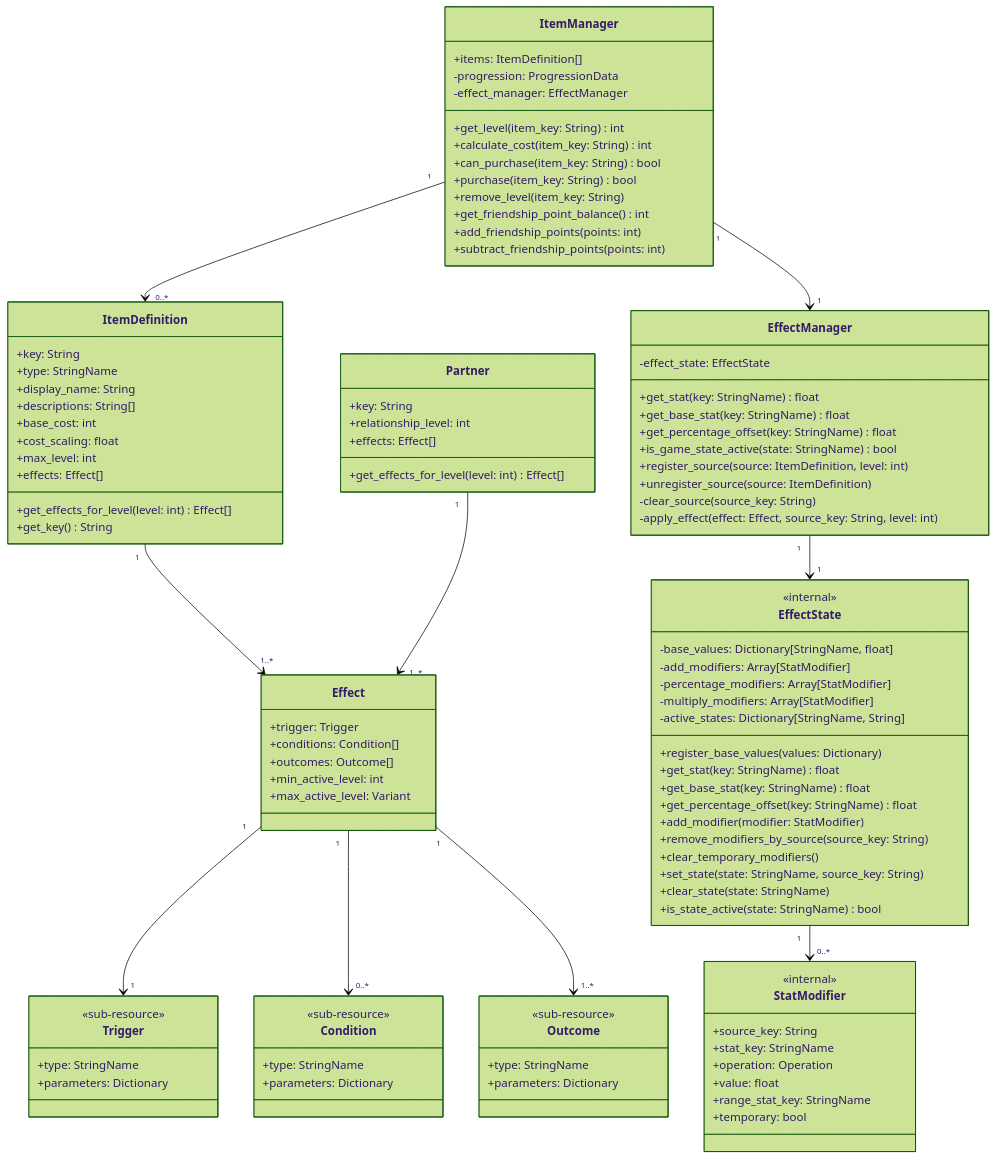
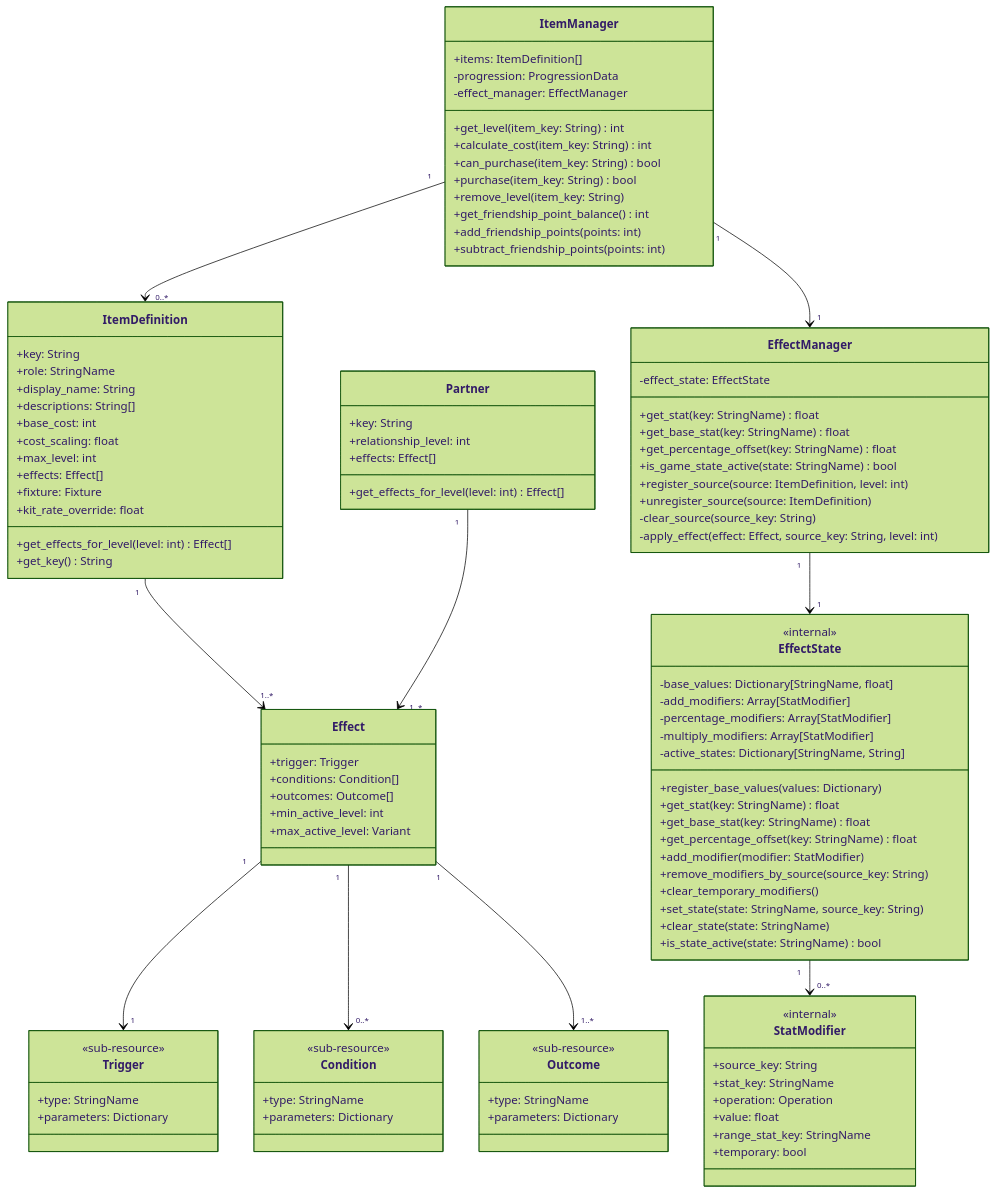
Before and after one commit to shuck-dev/volley: the first of 10 diagrams in designs/01-prototype/07-effect-system.md, drawn with Mermaid (forest theme). The commit also changed other lines of this file and 16 other files, not shown here.

First line of the commit message:
Feature/sh 95 spike kit and locker architecture (#150)

```diff
--- a/designs/01-prototype/07-effect-system.md
+++ b/designs/01-prototype/07-effect-system.md
@@ -16,13 +16,15 @@
 classDiagram
     class ItemDefinition {
         +key: String
-        +type: StringName
+        +role: StringName
         +display_name: String
         +descriptions: String[]
         +base_cost: int
         +cost_scaling: float
         +max_level: int
         +effects: Effect[]
+        +fixture: Fixture
+        +kit_rate_override: float
         +get_effects_for_level(level: int) Effect[]
         +get_key() String
     }
```
